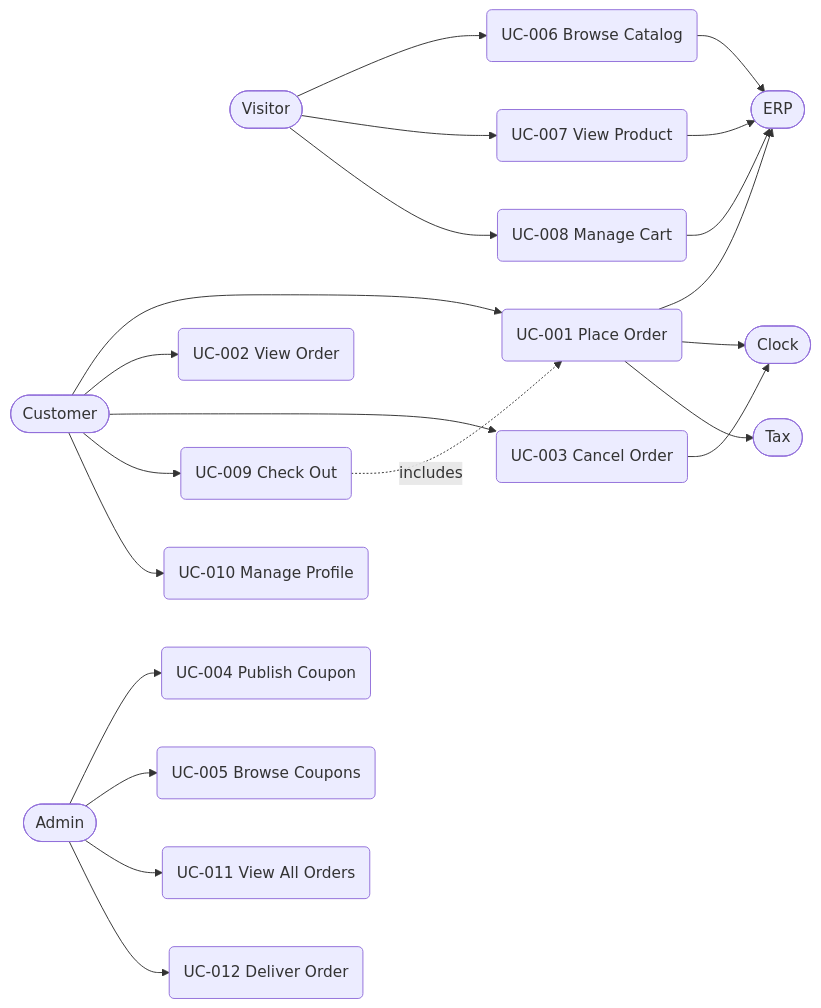
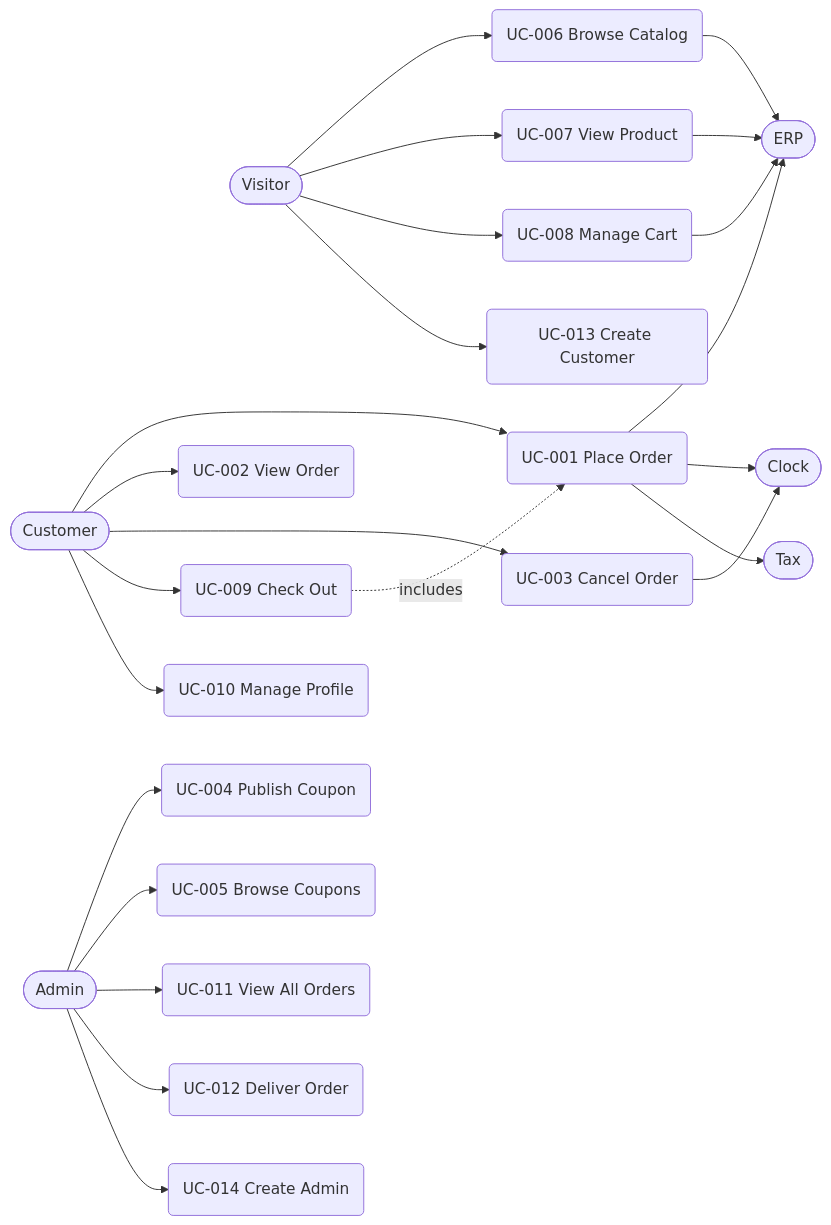
One commit to optivem/shop changed the diagram in docs/shared/specs/use-cases/README.md. Above: the diagram before and after it, drawn with Mermaid. The commit also changed other lines of this file and 133 other files, not shown here.

First line of the commit message:
feat: visitor sign-up (UC-013 Create Customer) with a required shipping country; UC-014 documented

````diff
--- a/docs/shared/specs/use-cases/README.md
+++ b/docs/shared/specs/use-cases/README.md
@@ -11,34 +11,36 @@
 ```mermaid
 graph LR
     Visitor([Visitor])
     Customer([Customer])
     Admin([Admin])
     ERP([ERP])
     Clock([Clock])
     Tax([Tax])
 
     Visitor --> BrowseCatalog(UC-006 Browse Catalog)
     Visitor --> ViewProduct(UC-007 View Product)
     Visitor --> ManageCart(UC-008 Manage Cart)
+    Visitor --> CreateCustomer(UC-013 Create Customer)
 
     Customer --> PlaceOrder(UC-001 Place Order)
     Customer --> ViewOrder(UC-002 View Order)
     Customer --> CancelOrder(UC-003 Cancel Order)
     Customer --> CheckOut(UC-009 Check Out)
     Customer --> ManageProfile(UC-010 Manage Profile)
 
     Admin --> PublishCoupon(UC-004 Publish Coupon)
     Admin --> BrowseCoupons(UC-005 Browse Coupons)
     Admin --> ViewAllOrders(UC-011 View All Orders)
     Admin --> DeliverOrder(UC-012 Deliver Order)
+    Admin --> CreateAdmin(UC-014 Create Admin)
 
     CheckOut -.->|includes| PlaceOrder
 
     PlaceOrder --> ERP
     BrowseCatalog --> ERP
     ViewProduct --> ERP
     ManageCart --> ERP
     PlaceOrder --> Clock
     CancelOrder --> Clock
     PlaceOrder --> Tax
 ```
````
